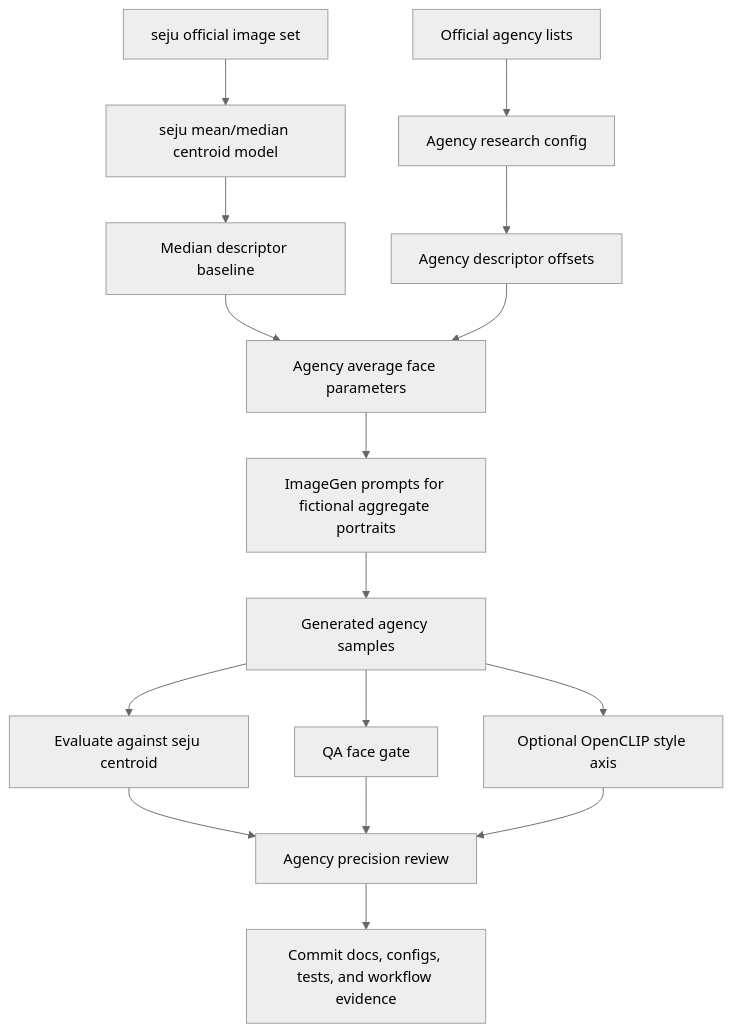
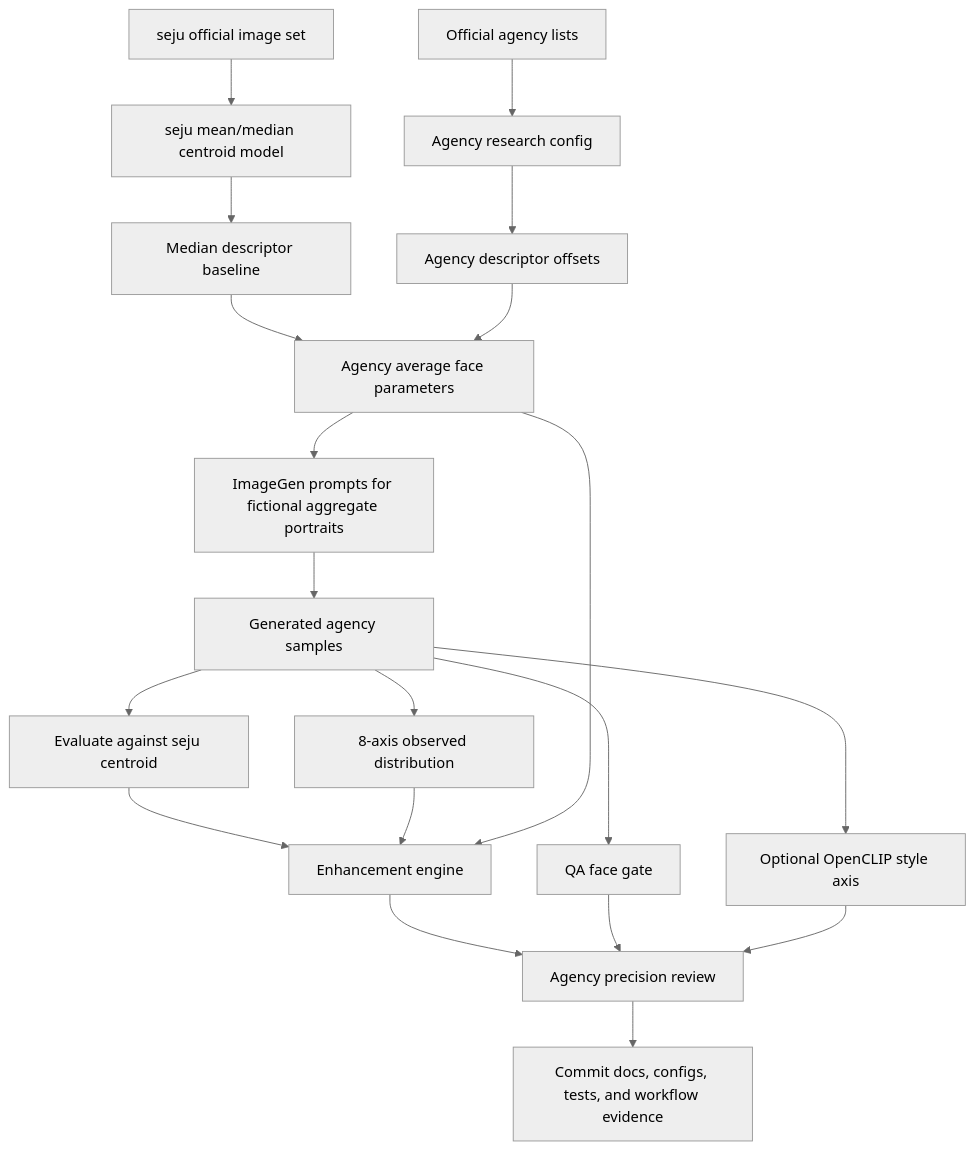
The diagram in docs/agency-research-flow.md (Nicolas0315/seju-face-lab), drawn with Mermaid (neutral theme) before and after one commit. The commit also changed other lines of this file and 5 other files, not shown here.

Commit message:
add agency enhancement engine

````diff
--- a/docs/agency-research-flow.md
+++ b/docs/agency-research-flow.md
@@ -9,18 +9,22 @@
 ```mermaid
 flowchart TD
     A[Official agency lists] --> B[Agency research config]
     S[seju official image set] --> C[seju mean/median centroid model]
     C --> D[Median descriptor baseline]
     B --> E[Agency descriptor offsets]
     D --> F[Agency average face parameters]
     E --> F
     F --> G[ImageGen prompts for fictional aggregate portraits]
     G --> H[Generated agency samples]
     H --> I[Evaluate against seju centroid]
     H --> J[QA face gate]
     H --> K[Optional OpenCLIP style axis]
-    I --> L[Agency precision review]
+    I --> N[Enhancement engine]
+    H --> O[8-axis observed distribution]
+    O --> N
+    F --> N
+    N --> L[Agency precision review]
     J --> L
     K --> L
     L --> M[Commit docs, configs, tests, and workflow evidence]
 ```
````
